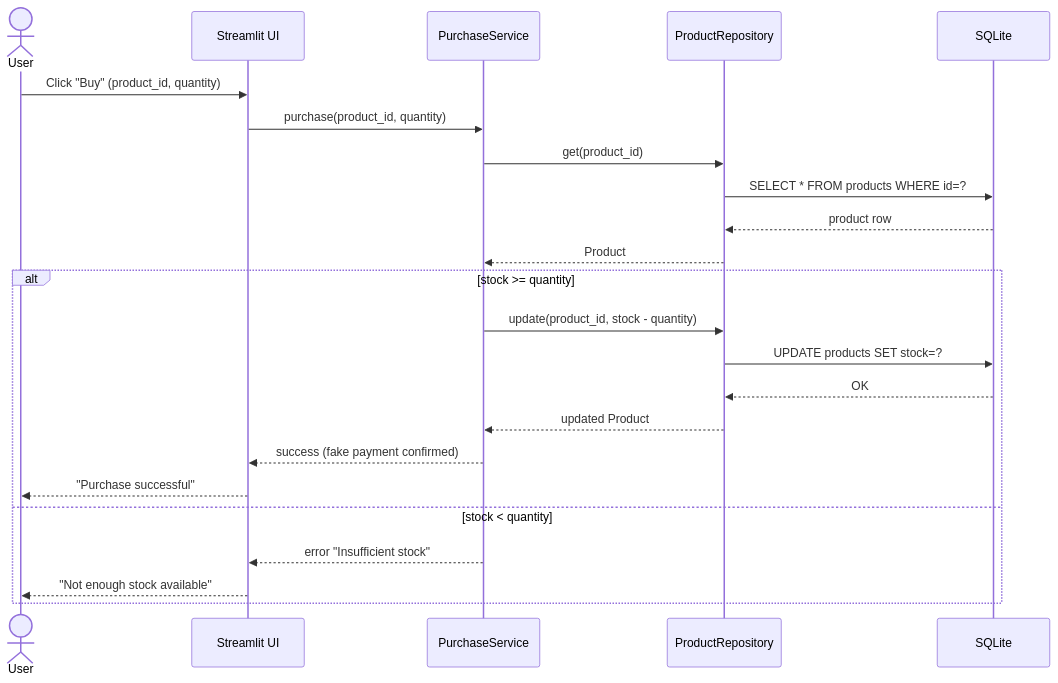
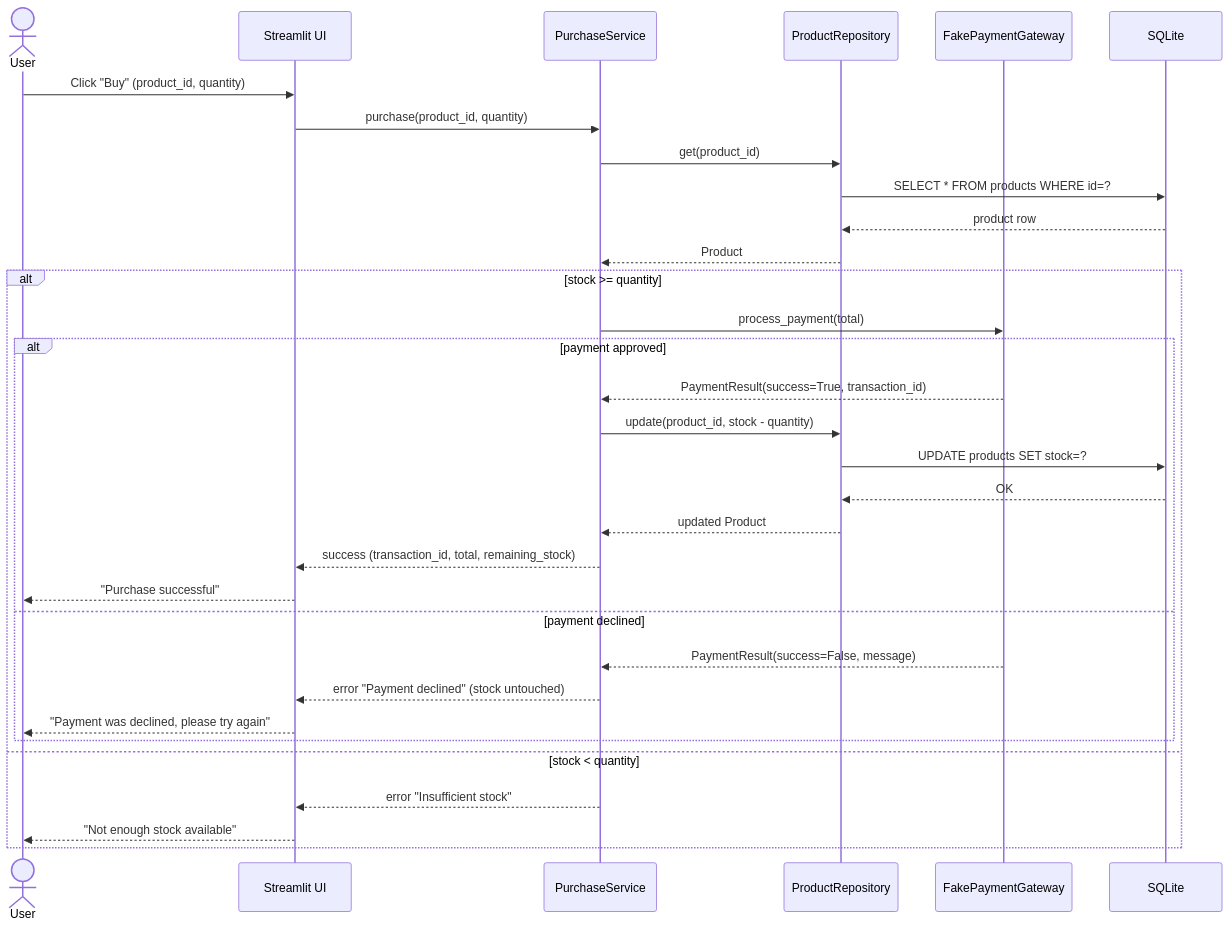
The third of 4 diagrams in docs/Architecture.md (danuresti/ecommerce-challenge), drawn with Mermaid before and after one commit. The commit also changed other lines of this file and 3 other files, not shown here.

Commit message:
Add Purchase service and Payment Gateway. Updated required files/design accordingly to the new changes

````diff
--- a/docs/Architecture.md
+++ b/docs/Architecture.md
@@ -45,27 +45,36 @@
 ```mermaid
 sequenceDiagram
     actor User
     participant UI as Streamlit UI
     participant PS as PurchaseService
     participant Repo as ProductRepository
+    participant Pay as FakePaymentGateway
     participant DB as SQLite
 
     User->>UI: Click "Buy" (product_id, quantity)
     UI->>PS: purchase(product_id, quantity)
     PS->>Repo: get(product_id)
     Repo->>DB: SELECT * FROM products WHERE id=?
     DB-->>Repo: product row
     Repo-->>PS: Product
 
     alt stock >= quantity
-        PS->>Repo: update(product_id, stock - quantity)
-        Repo->>DB: UPDATE products SET stock=?
-        DB-->>Repo: OK
-        Repo-->>PS: updated Product
-        PS-->>UI: success (fake payment confirmed)
-        UI-->>User: "Purchase successful"
+        PS->>Pay: process_payment(total)
+        alt payment approved
+            Pay-->>PS: PaymentResult(success=True, transaction_id)
+            PS->>Repo: update(product_id, stock - quantity)
+            Repo->>DB: UPDATE products SET stock=?
+            DB-->>Repo: OK
+            Repo-->>PS: updated Product
+            PS-->>UI: success (transaction_id, total, remaining_stock)
+            UI-->>User: "Purchase successful"
+        else payment declined
+            Pay-->>PS: PaymentResult(success=False, message)
+            PS-->>UI: error "Payment declined" (stock untouched)
+            UI-->>User: "Payment was declined, please try again"
+        end
     else stock < quantity
         PS-->>UI: error "Insufficient stock"
         UI-->>User: "Not enough stock available"
     end
 ```
````
